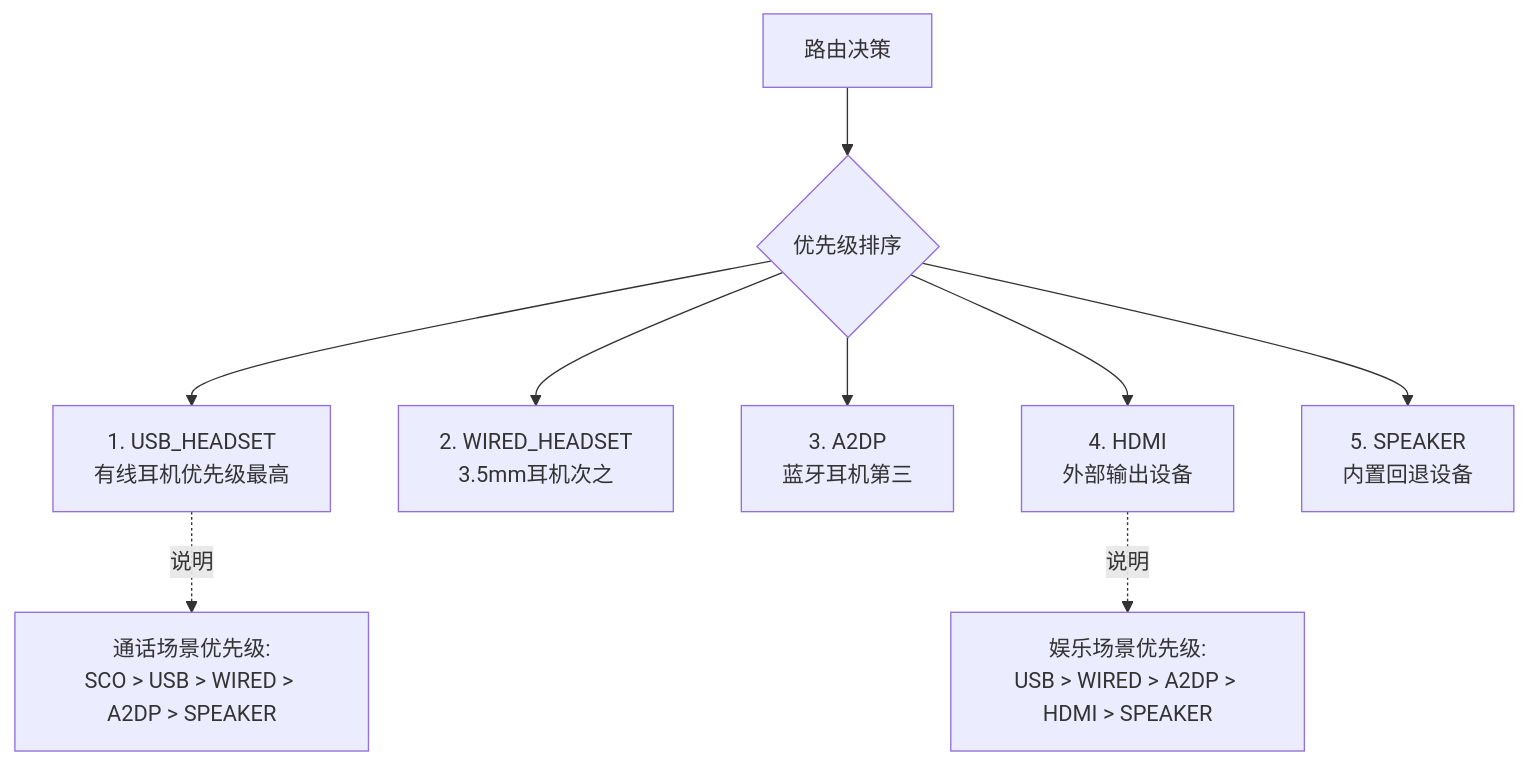
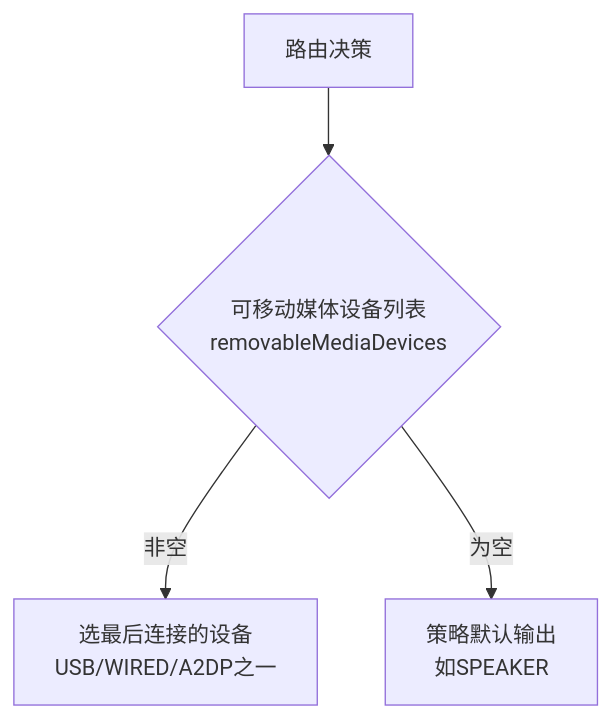
Before and after one commit to yanglinzhen1022/SA8295_AAOS_QNX_Audio_KnowledgeBase: the sixth of 7 diagrams in 13_Volume_Device_Deep_Dive/13_13.4_外部音频设备-USBHDMI有线设备管理.md, drawn with Mermaid. The commit also changed other lines of this file and 58 other files, not shown here.

````diff
--- a/13_Volume_Device_Deep_Dive/13_13.4_外部音频设备-USBHDMI有线设备管理.md
+++ b/13_Volume_Device_Deep_Dive/13_13.4_外部音频设备-USBHDMI有线设备管理.md
@@ -274,13 +270,6 @@
 ```mermaid
 flowchart TB
-    ROUTE_DECISION[路由决策] --> PRIORITY{优先级排序}
-    
-    PRIORITY --> P1[1. USB_HEADSET<br>有线耳机优先级最高]
-    PRIORITY --> P2[2. WIRED_HEADSET<br>3.5mm耳机次之]
-    PRIORITY --> P3[3. A2DP<br>蓝牙耳机第三]
-    PRIORITY --> P4[4. HDMI<br>外部输出设备]
-    PRIORITY --> P5[5. SPEAKER<br>内置回退设备]
-    
-    P1 -.->|说明| P1_NOTE["通话场景优先级:<br>SCO > USB > WIRED > A2DP > SPEAKER"]
-    P4 -.->|说明| P4_NOTE["娱乐场景优先级:<br>USB > WIRED > A2DP > HDMI > SPEAKER"]
+    ROUTE_DECISION[路由决策] --> LAST_CONN{可移动媒体设备列表<br>removableMediaDevices}
+    LAST_CONN -->|非空| USE_LAST[选最后连接的设备<br>USB/WIRED/A2DP之一]
+    LAST_CONN -->|为空| FALLBACK[策略默认输出<br>如SPEAKER]
 ```
````
